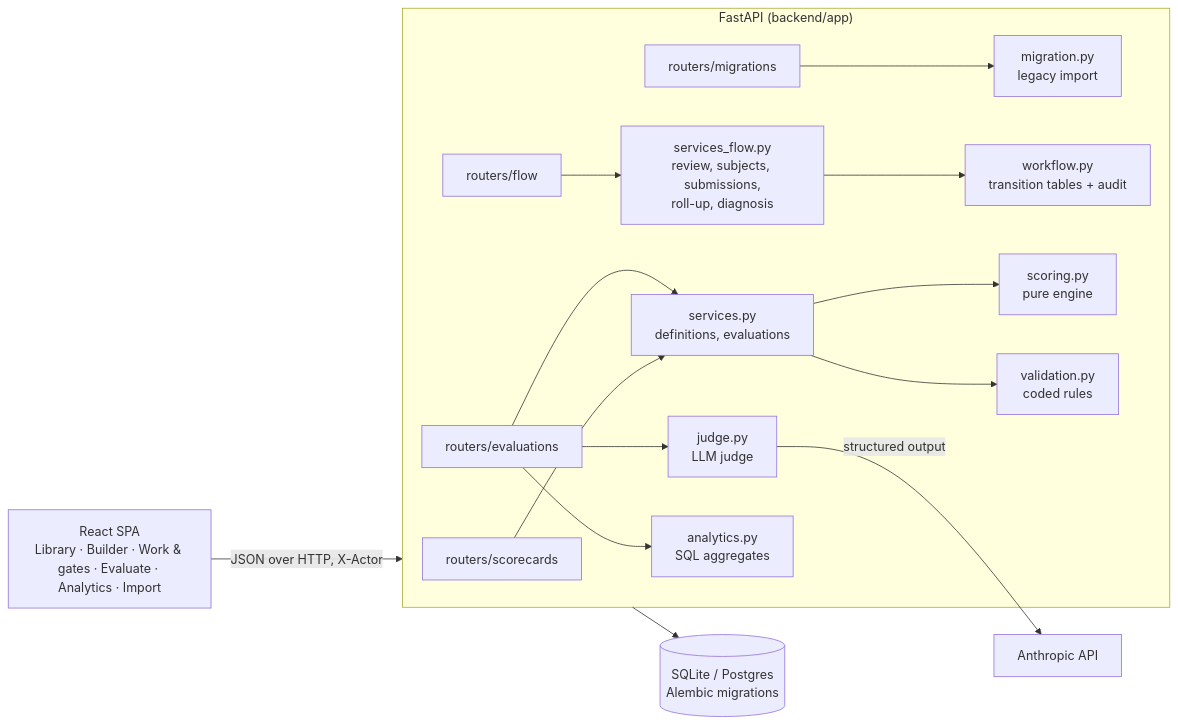
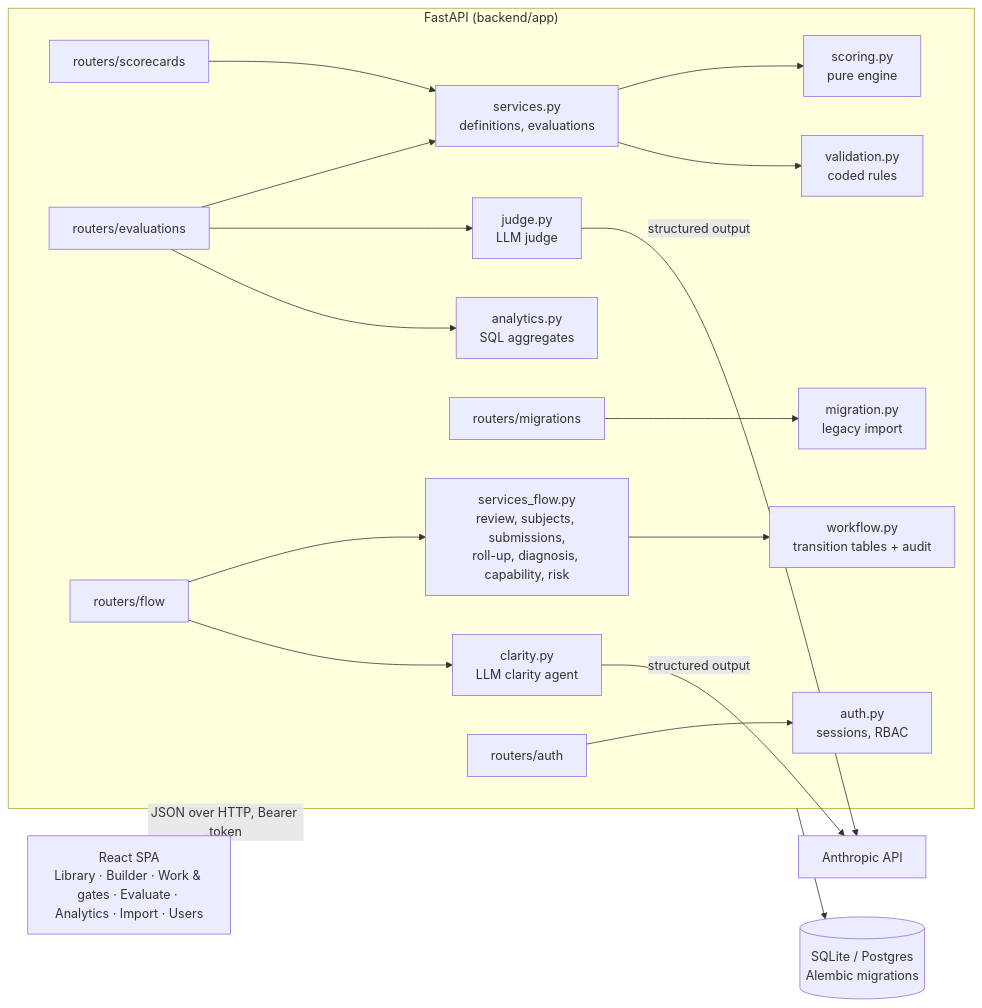
The diagram in docs/12_ARCHITECTURE.md (Prabhav558/RAG), drawn with Mermaid before and after one commit. The commit also changed other lines of this file and 14 other files, not shown here.

````diff
--- a/docs/12_ARCHITECTURE.md
+++ b/docs/12_ARCHITECTURE.md
@@ -4,17 +4,20 @@
 ```mermaid
 flowchart LR
-  UI["React SPA<br/>Library · Builder · Work & gates · Evaluate · Analytics · Import"] -->|JSON over HTTP, X-Actor| API
+  UI["React SPA<br/>Library · Builder · Work & gates · Evaluate · Analytics · Import · Users"] -->|JSON over HTTP, Bearer token| API
   subgraph API["FastAPI (backend/app)"]
+    R0[routers/auth] --> AU[auth.py<br/>sessions, RBAC]
     R1[routers/scorecards] --> S[services.py<br/>definitions, evaluations]
     R2[routers/evaluations] --> S
-    R3[routers/flow] --> F[services_flow.py<br/>review, subjects, submissions,<br/>roll-up, diagnosis]
+    R3[routers/flow] --> F[services_flow.py<br/>review, subjects, submissions,<br/>roll-up, diagnosis, capability, risk]
     R4[routers/migrations] --> M[migration.py<br/>legacy import]
     F --> W[workflow.py<br/>transition tables + audit]
     S --> E[scoring.py<br/>pure engine]
     S --> V[validation.py<br/>coded rules]
     R2 --> J[judge.py<br/>LLM judge]
+    R3 --> C[clarity.py<br/>LLM clarity agent]
     R2 --> A[analytics.py<br/>SQL aggregates]
   end
   API --> DB[(SQLite / Postgres<br/>Alembic migrations)]
   J -->|structured output| LLM[Anthropic API]
+  C -->|structured output| LLM
 ```
````
